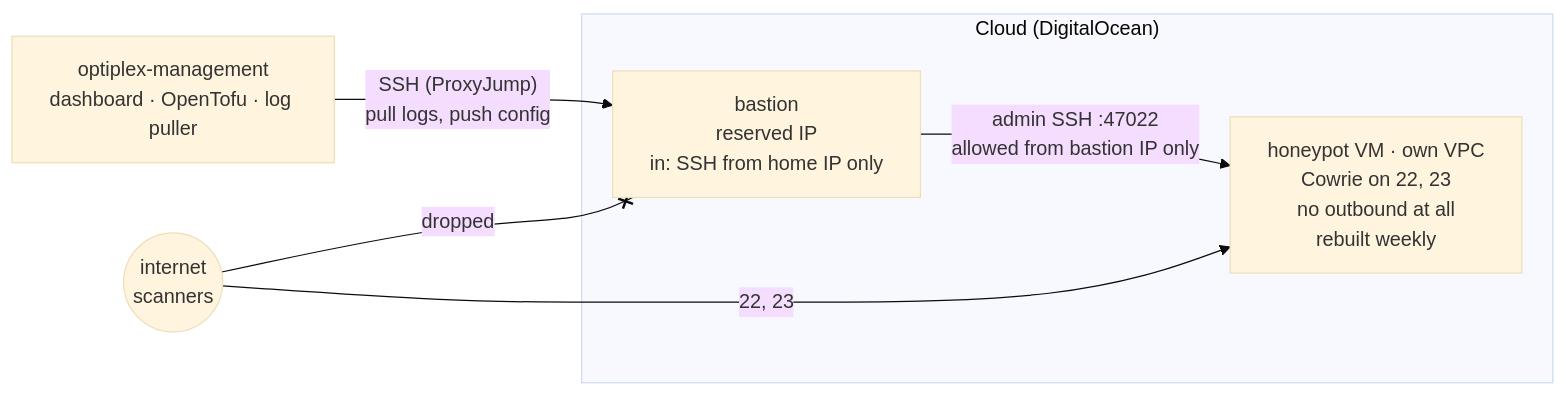
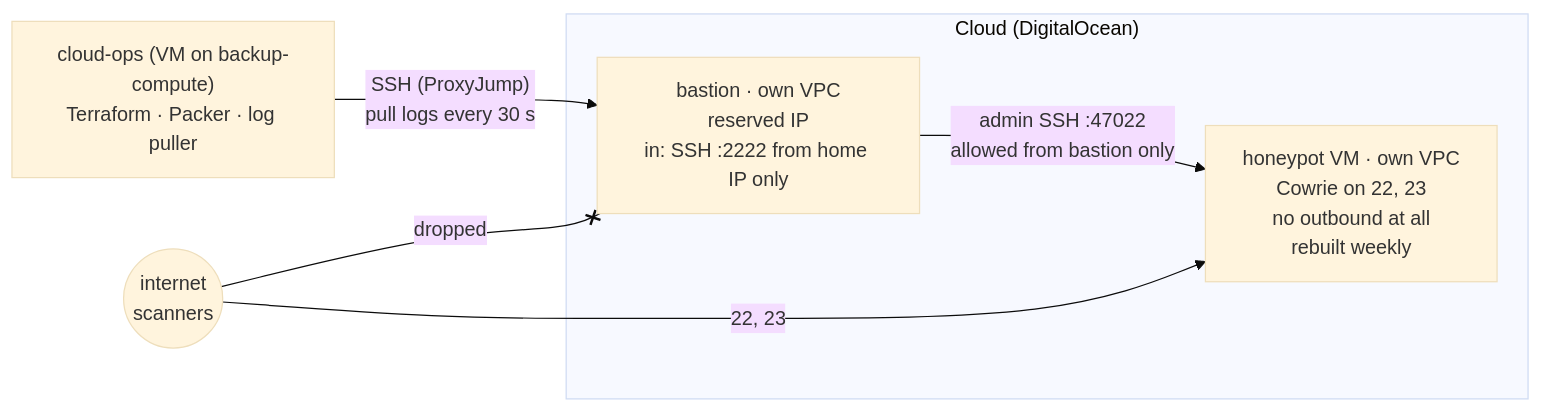
Before and after one commit to j-will178/homelab-showcase: the second of 2 diagrams in README.md, drawn with Mermaid (base theme). The commit also changed other lines of this file and 19 other files, not shown here.

````diff
--- a/README.md
+++ b/README.md
@@ -57,13 +81,13 @@
 ```mermaid
 flowchart LR
-    OPT["optiplex-management<br/>dashboard · OpenTofu · log puller"]
+    CO["cloud-ops (VM on backup-compute)<br/>Terraform · Packer · log puller"]
     subgraph cloud["Cloud (DigitalOcean)"]
-        BAS["bastion<br/>reserved IP<br/>in: SSH from home IP only"]
+        BAS["bastion · own VPC<br/>reserved IP<br/>in: SSH :2222 from home IP only"]
         HP["honeypot VM · own VPC<br/>Cowrie on 22, 23<br/>no outbound at all<br/>rebuilt weekly"]
     end
     NET(("internet<br/>scanners"))
-    OPT -->|"SSH (ProxyJump)<br/>pull logs, push config"| BAS
-    BAS -->|"admin SSH :47022<br/>allowed from bastion IP only"| HP
+    CO -->|"SSH (ProxyJump)<br/>pull logs every 30 s"| BAS
+    BAS -->|"admin SSH :47022<br/>allowed from bastion only"| HP
     NET -->|"22, 23"| HP
     NET --x|"dropped"| BAS
 ```
````
